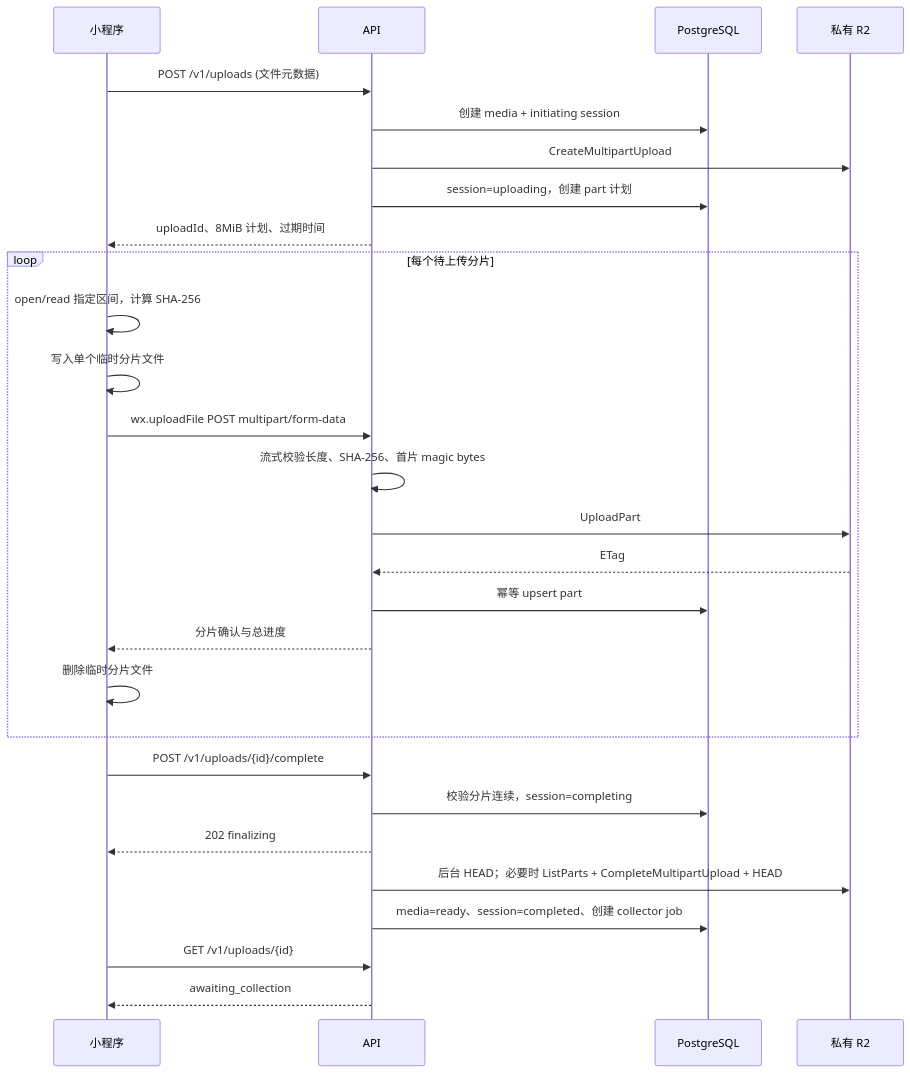
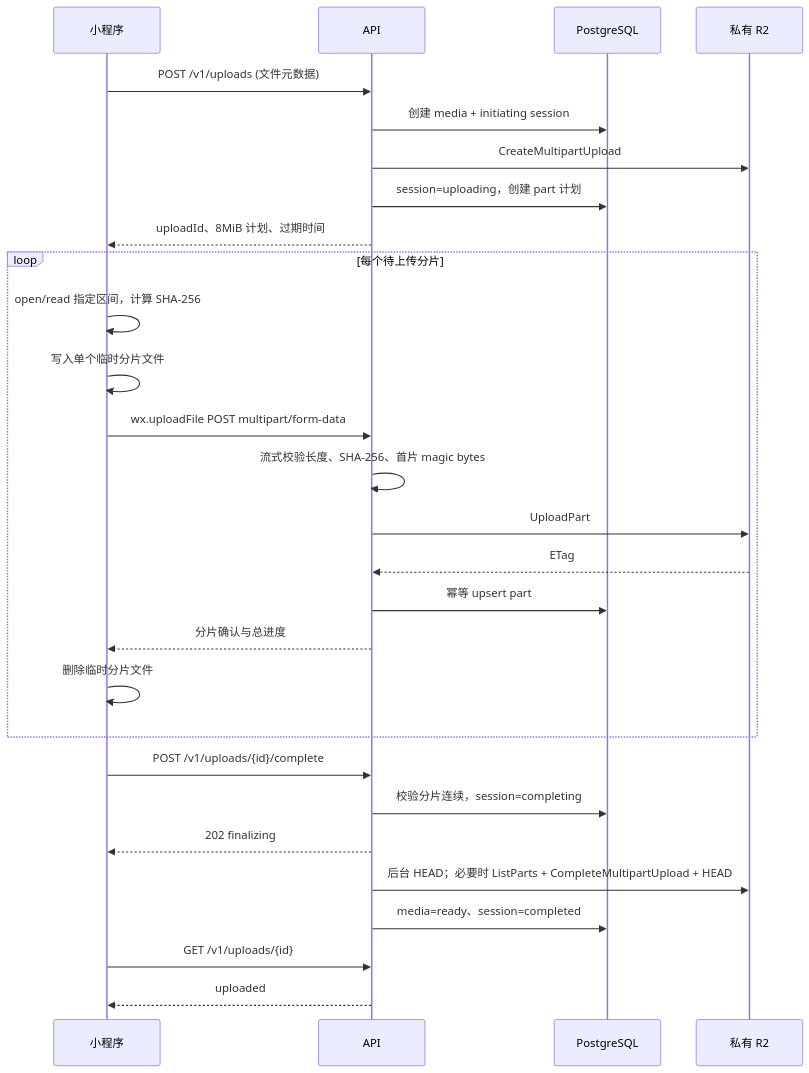
The third of 3 diagrams in docs/superpowers/specs/2026-07-14-wechat-private-media-upload-design.md (knighterrantsky/wxmp), drawn with Mermaid before and after one commit. The commit also changed other lines of this file and 2 other files, not shown here.

Commit message:
docs: remove collector from initial scope

````diff
--- a/docs/superpowers/specs/2026-07-14-wechat-private-media-upload-design.md
+++ b/docs/superpowers/specs/2026-07-14-wechat-private-media-upload-design.md
@@ -165,33 +158,33 @@
 ```mermaid
 sequenceDiagram
     participant M as 小程序
     participant A as API
     participant D as PostgreSQL
     participant R as 私有 R2
 
     M->>A: POST /v1/uploads (文件元数据)
     A->>D: 创建 media + initiating session
     A->>R: CreateMultipartUpload
     A->>D: session=uploading，创建 part 计划
     A-->>M: uploadId、8MiB 计划、过期时间
 
     loop 每个待上传分片
         M->>M: open/read 指定区间，计算 SHA-256
         M->>M: 写入单个临时分片文件
         M->>A: wx.uploadFile POST multipart/form-data
         A->>A: 流式校验长度、SHA-256、首片 magic bytes
         A->>R: UploadPart
         R-->>A: ETag
         A->>D: 幂等 upsert part
         A-->>M: 分片确认与总进度
         M->>M: 删除临时分片文件
     end
 
     M->>A: POST /v1/uploads/{id}/complete
     A->>D: 校验分片连续，session=completing
     A-->>M: 202 finalizing
     A->>R: 后台 HEAD；必要时 ListParts + CompleteMultipartUpload + HEAD
-    A->>D: media=ready、session=completed、创建 collector job
+    A->>D: media=ready、session=completed
     M->>A: GET /v1/uploads/{id}
-    A-->>M: awaiting_collection
+    A-->>M: uploaded
 ```
````
